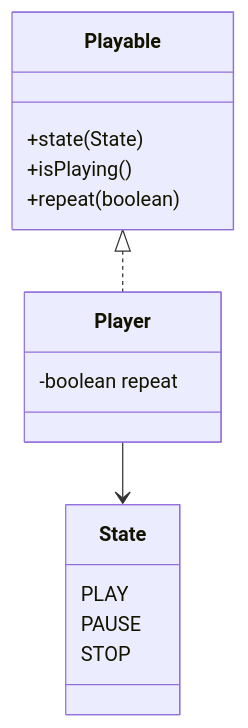
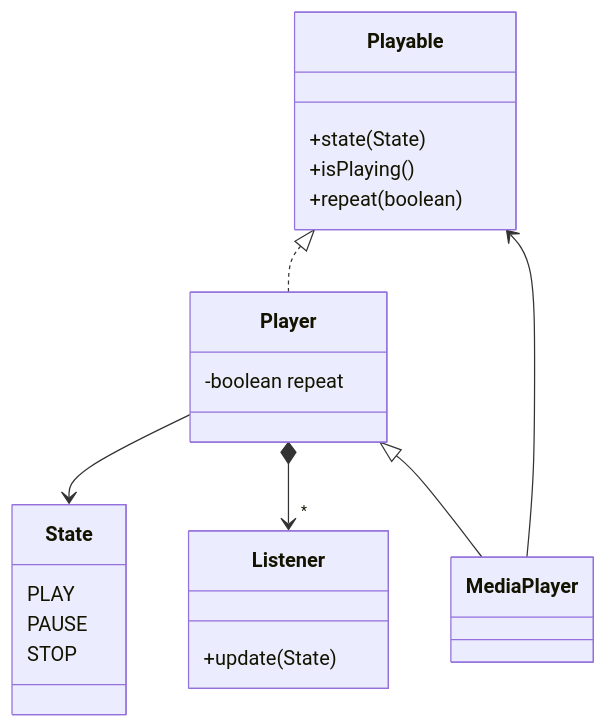
Before and after one commit to stridecolossus/JOVE: the first of 2 diagrams in docs/blog/part-4-models/render-loop.md, drawn with Mermaid. The commit also changed other lines of this file, not shown here.

````diff
--- a/docs/blog/part-4-models/render-loop.md
+++ b/docs/blog/part-4-models/render-loop.md
@@ -336,20 +337,27 @@
 ```mermaid
 classDiagram
 
 class State {
     PLAY
     PAUSE
     STOP
 }
 
 class Playable {
     +state(State)
     +isPlaying()
     +repeat(boolean)
 }
 
+class Listener {
+    +update(State)
+}
+
 Playable <|.. Player
 Player : -boolean repeat
 Player --> State
+Player *--> "*" Listener 
 
+Player <|-- MediaPlayer
+MediaPlayer --> Playable
 ```
````
